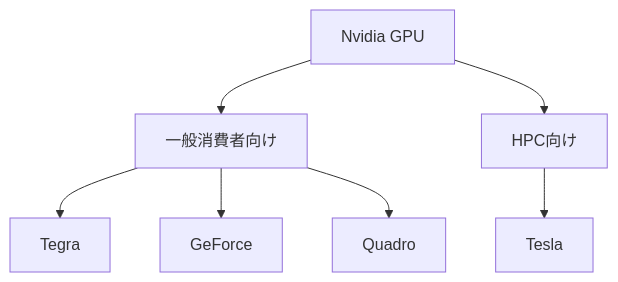
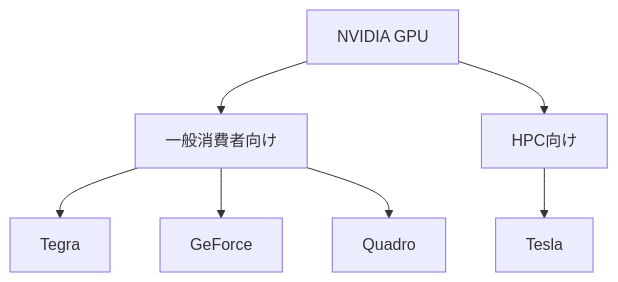
The diagram in src/data/sections/01/lecture-03.mdx (tkm5/cuda-programming-guide), drawn with Mermaid before and after one commit. The commit also changed other lines of this file and 59 other files, not shown here.

````diff
--- a/src/data/sections/01/lecture-03.mdx
+++ b/src/data/sections/01/lecture-03.mdx
@@ -28,9 +29,9 @@
 ```mermaid
 graph TD
-    A[Nvidia GPU] --> B["一般消費者向け"]
+    A[NVIDIA GPU] --> B["一般消費者向け"]
     A --> C["HPC向け"]
     B --> D[Tegra]
     B --> E[GeForce]
     B --> F[Quadro]
     C --> G[Tesla]
 ```
````
